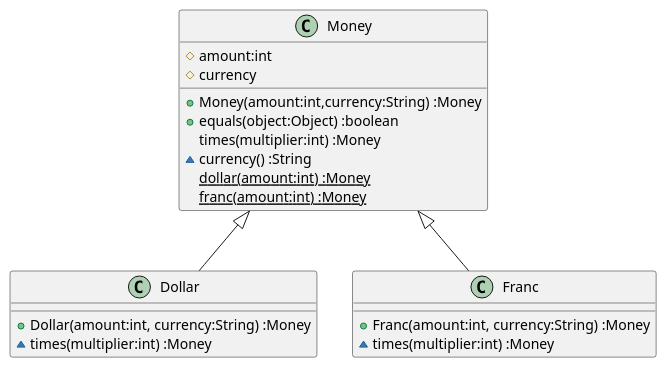
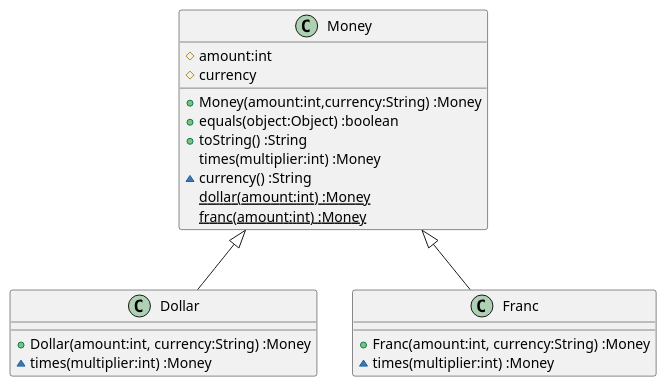
One commit to k2works/etude_for_java changed the diagram in docs/src/TDD.md. Above: the diagram before and after it, drawn with PlantUML. The commit also changed 3 other files, not shown here.

````diff
--- a/docs/src/TDD.md
+++ b/docs/src/TDD.md
@@ -62,22 +62,23 @@
 ```puml
 class Dollar {
   +Dollar(amount:int, currency:String) :Money
   ~times(multiplier:int) :Money
 }
 class Franc {
   +Franc(amount:int, currency:String) :Money
   ~times(multiplier:int) :Money
 }
 class Money {
   #amount:int
   #currency  
   +Money(amount:int,currency:String) :Money
   +equals(object:Object) :boolean  
+  +toString() :String
   times(multiplier:int) :Money
   ~currency() :String
   {static} dollar(amount:int) :Money
   {static} franc(amount:int) :Money  
 }
 Money <|-- Dollar
 Money <|-- Franc
 ```
````
